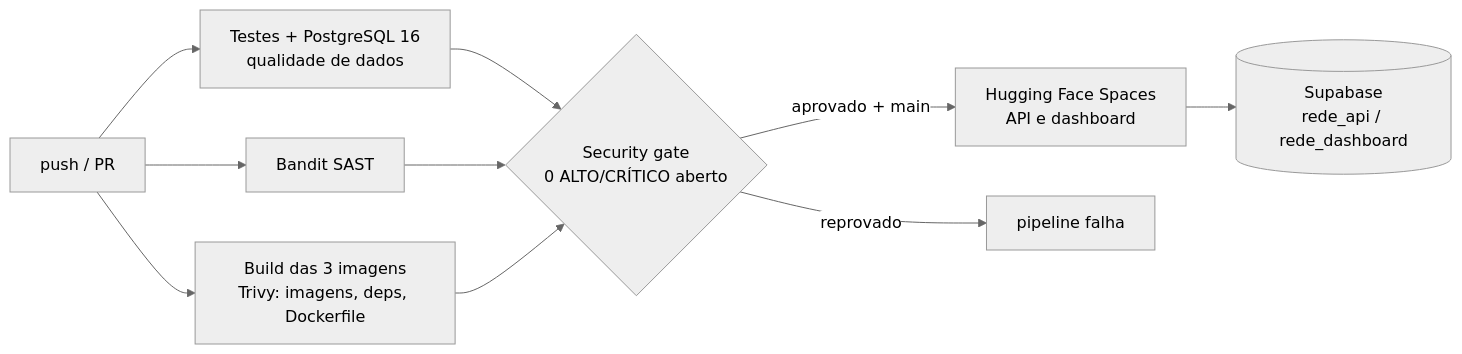
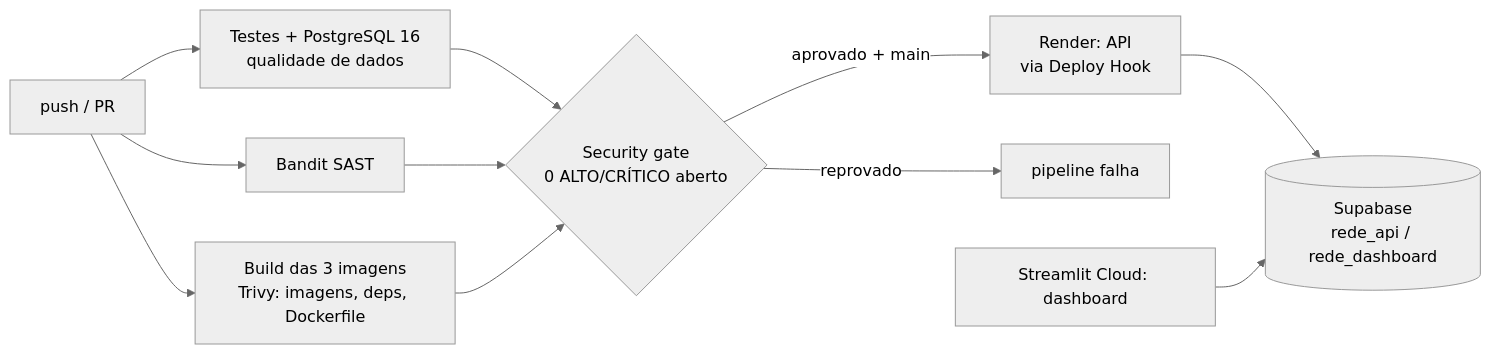
The fifth of 5 diagrams in docs/sdd.md (Vitoriinoo/REDE_ALIMENTAR_SINAPSE), drawn with Mermaid (neutral theme) before and after one commit. The commit also changed other lines of this file and 9 other files, not shown here.

Commit message:
ci(deploy): API no Render via Deploy Hook apos o security gate e dashboard no Streamlit Community Cloud

````diff
--- a/docs/sdd.md
+++ b/docs/sdd.md
@@ -224,10 +224,11 @@
 ```mermaid
 flowchart LR
     DEV[push / PR] --> T[Testes + PostgreSQL 16<br/>qualidade de dados]
     DEV --> B[Bandit SAST]
     DEV --> I[Build das 3 imagens<br/>Trivy: imagens, deps, Dockerfile]
     T & B & I --> G{Security gate<br/>0 ALTO/CRÍTICO aberto}
-    G -- aprovado + main --> HF[Hugging Face Spaces<br/>API e dashboard]
+    G -- aprovado + main --> RD[Render: API<br/>via Deploy Hook]
     G -- reprovado --> X[pipeline falha]
-    HF --> SB[(Supabase<br/>rede_api / rede_dashboard)]
+    RD --> SB[(Supabase<br/>rede_api / rede_dashboard)]
+    ST[Streamlit Cloud: dashboard] --> SB
 ```
````
